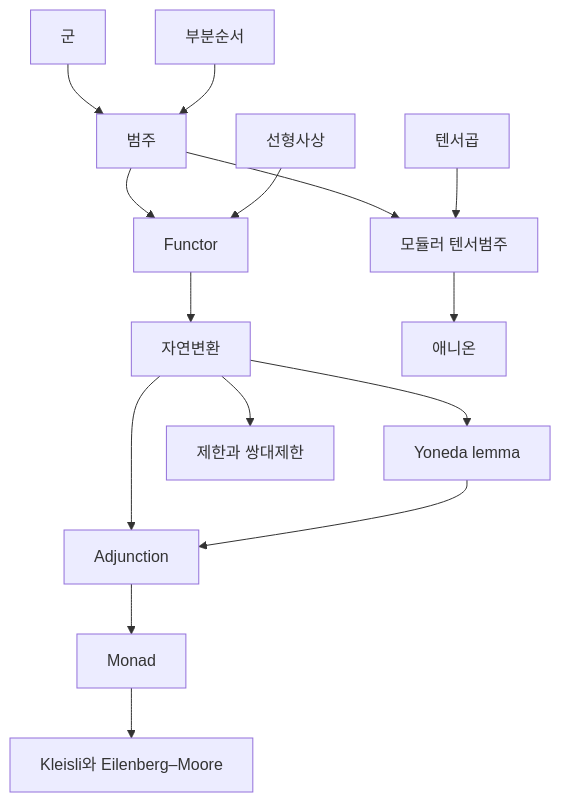
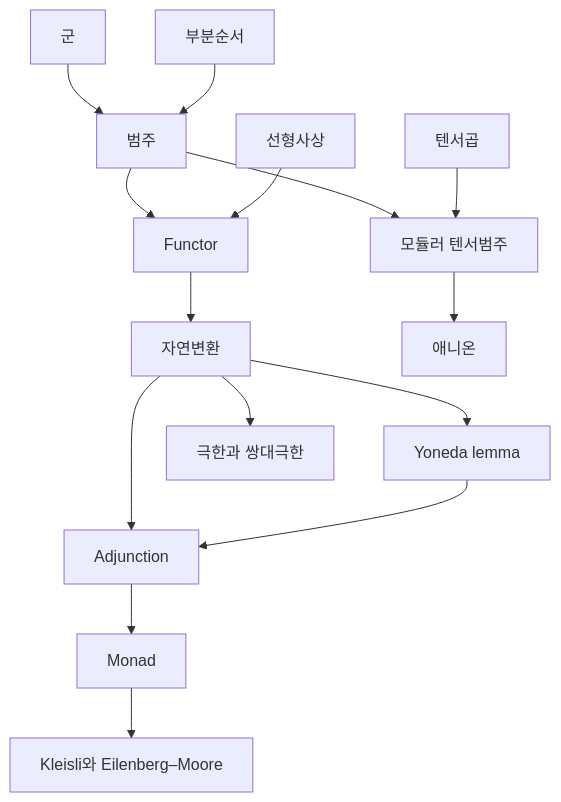
The diagram in docs/category-theory-overview.md (Phryxia/math-map), drawn with Mermaid before and after one commit. The commit also changed other lines of this file and 4 other files, not shown here.

````diff
--- a/docs/category-theory-overview.md
+++ b/docs/category-theory-overview.md
@@ -13,17 +13,17 @@
 ```mermaid
 graph TD
   GP["군"] --> CA["범주"]
   PO["부분순서"] --> CA
   CA --> FU["Functor"]
   LM["선형사상"] --> FU
   FU --> NT["자연변환"]
   NT --> YL["Yoneda lemma"]
-  NT --> LC["제한과 쌍대제한"]
+  NT --> LC["극한과 쌍대극한"]
   NT --> AD["Adjunction"]
   YL --> AD
   AD --> MO["Monad"]
   MO --> KE["Kleisli와 Eilenberg–Moore"]
   CA --> MT["모듈러 텐서범주"]
   TP["텐서곱"] --> MT
   MT --> AN["애니온"]
 ```
````
